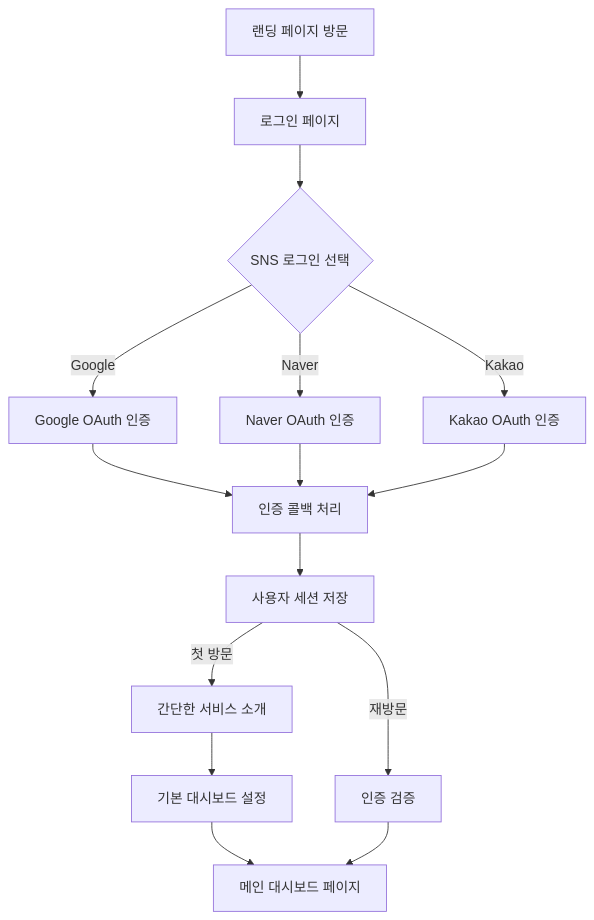
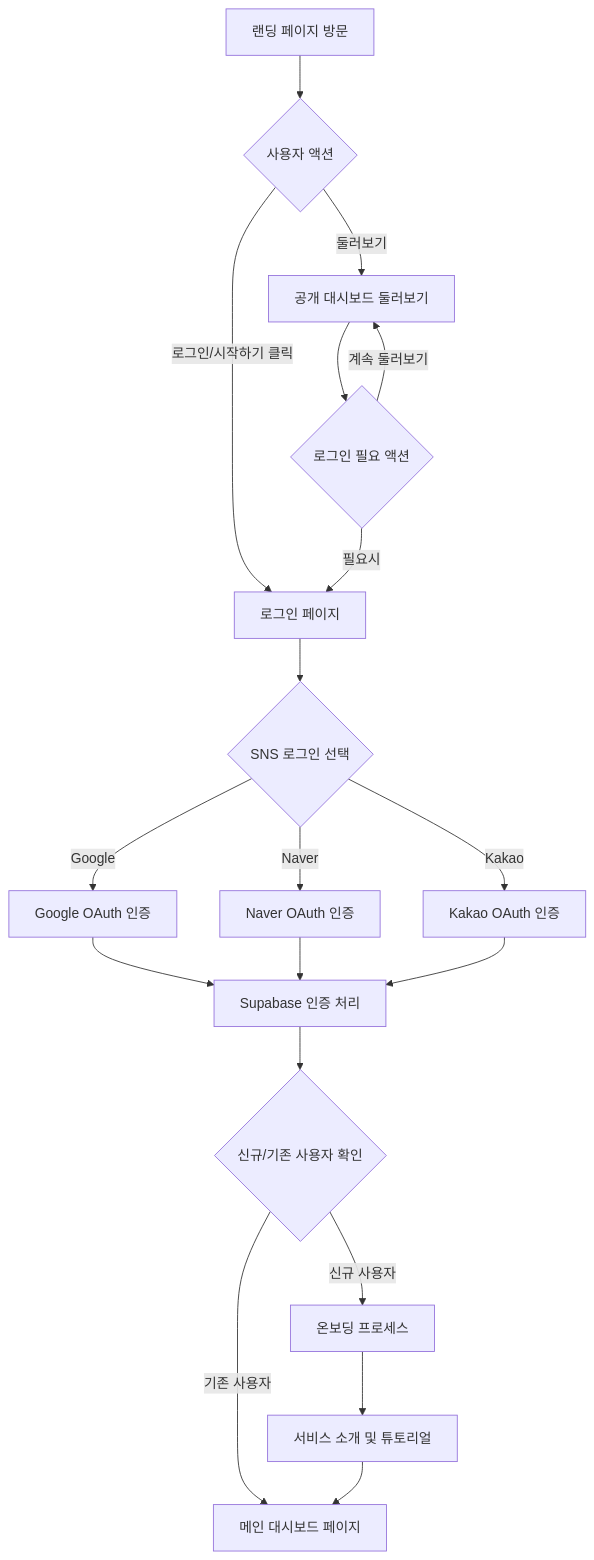
Before and after one commit to Seungwoo321/etorch-docs: the first of 2 diagrams in product-spec.md, drawn with Mermaid. The commit also changed other lines of this file, not shown here.

Commit message:
docs: 서비스 기획서 업데이트- 5.1

````diff
--- a/product-spec.md
+++ b/product-spec.md
@@ -596,21 +596,27 @@
 ```mermaid
 flowchart TD
-    A[랜딩 페이지 방문] --> B[로그인 페이지]
-    B --> C{SNS 로그인 선택}
-    C -->|Google| D[Google OAuth 인증]
-    C -->|Naver| E[Naver OAuth 인증]
-    C -->|Kakao| F[Kakao OAuth 인증]
+    A[랜딩 페이지 방문] --> B{사용자 액션}
+    B -->|로그인/시작하기 클릭| C[로그인 페이지]
+    B -->|둘러보기| N[공개 대시보드 둘러보기]
     
-    D --> G[인증 콜백 처리]
-    E --> G
-    F --> G
+    C --> D{SNS 로그인 선택}
+    D -->|Google| E[Google OAuth 인증]
+    D -->|Naver| F[Naver OAuth 인증]
+    D -->|Kakao| G[Kakao OAuth 인증]
     
-    G --> I[사용자 세션 저장]
+    E --> H[Supabase 인증 처리]
+    F --> H
+    G --> H
     
-    I -->|첫 방문| J[간단한 서비스 소개]
-    I -->|재방문| K[인증 검증]
+    H --> I{신규/기존 사용자 확인}
     
-    J --> L[기본 대시보드 설정]
-    L --> M[메인 대시보드 페이지]
-    K --> M
+    I -->|신규 사용자| J[온보딩 프로세스]
+    I -->|기존 사용자| L[메인 대시보드 페이지]
+    
+    J --> K[서비스 소개 및 튜토리얼]
+    K --> L
+    
+    N --> M{로그인 필요 액션}
+    M -->|필요시| C
+    M -->|계속 둘러보기| N
 ```
````
